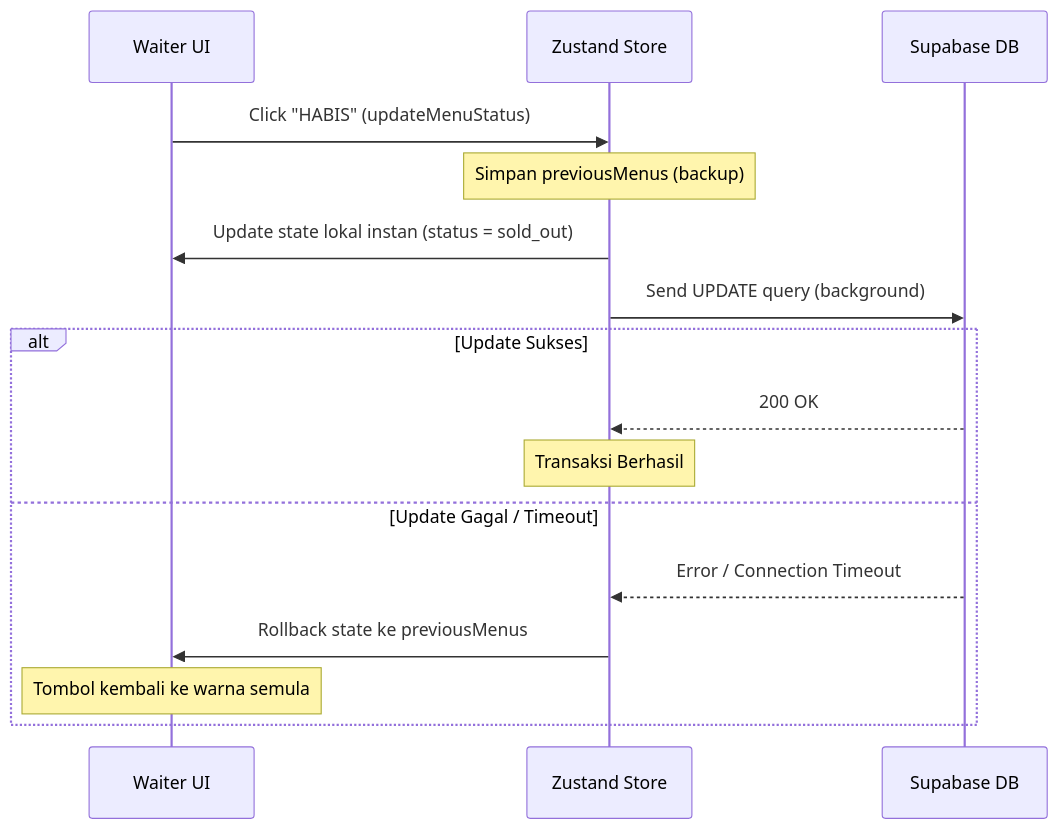
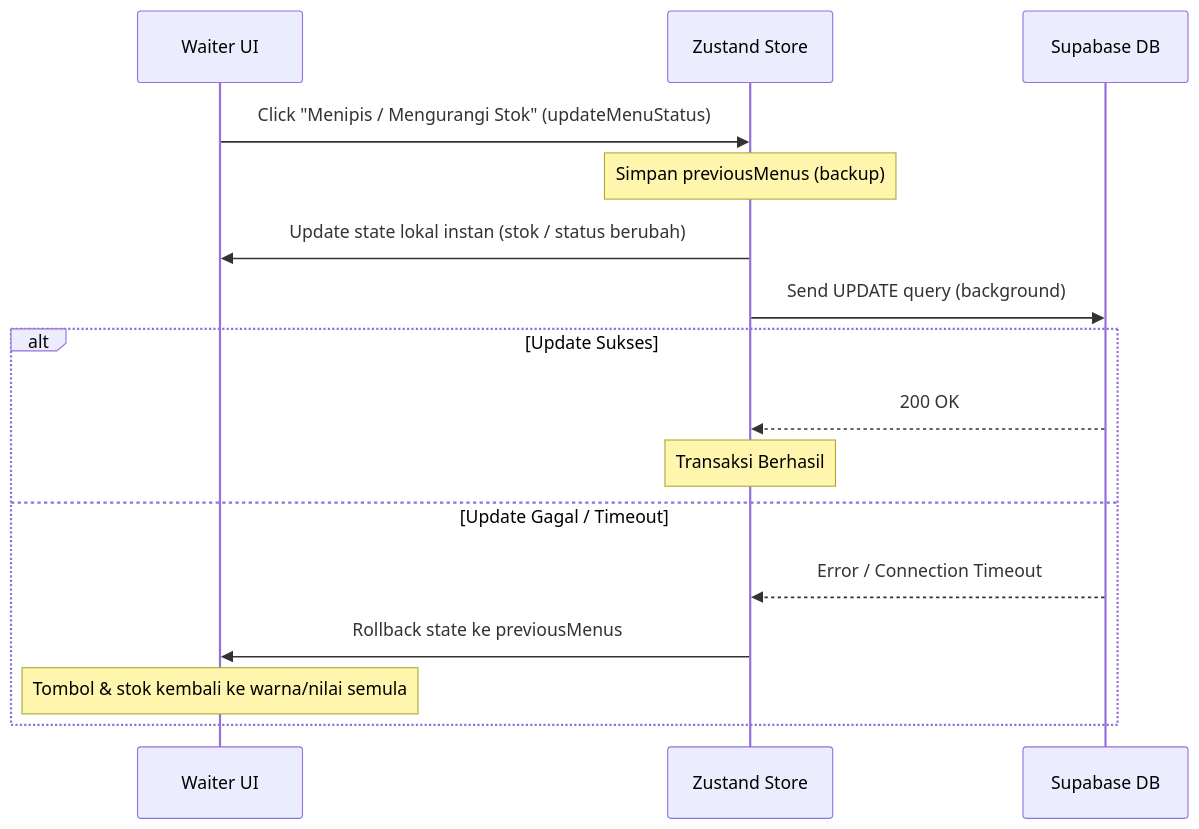
One commit to VonMatilda07/aces-lite changed the diagram in docs/store/useMenuStore.md. Above: the diagram before and after it, drawn with Mermaid. The commit also changed other lines of this file and 7 other files, not shown here.

````diff
--- a/docs/store/useMenuStore.md
+++ b/docs/store/useMenuStore.md
@@ -44,19 +60,19 @@
 ```mermaid
 sequenceDiagram
     participant UI as Waiter UI
     participant Store as Zustand Store
     participant DB as Supabase DB
 
-    UI->>Store: Click "HABIS" (updateMenuStatus)
+    UI->>Store: Click "Menipis / Mengurangi Stok" (updateMenuStatus)
     Note over Store: Simpan previousMenus (backup)
-    Store->>UI: Update state lokal instan (status = sold_out)
+    Store->>UI: Update state lokal instan (stok / status berubah)
     Store->>DB: Send UPDATE query (background)
     alt Update Sukses
         DB-->>Store: 200 OK
         Note over Store: Transaksi Berhasil
     else Update Gagal / Timeout
         DB-->>Store: Error / Connection Timeout
         Store->>UI: Rollback state ke previousMenus
-        Note over UI: Tombol kembali ke warna semula
+        Note over UI: Tombol & stok kembali ke warna/nilai semula
     end
 ```
````
